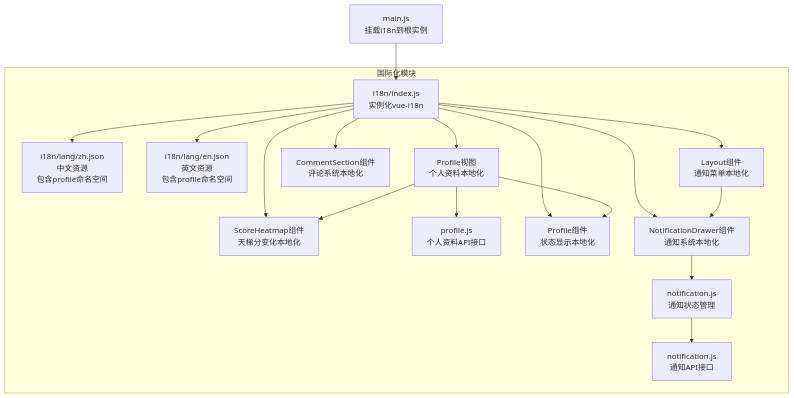
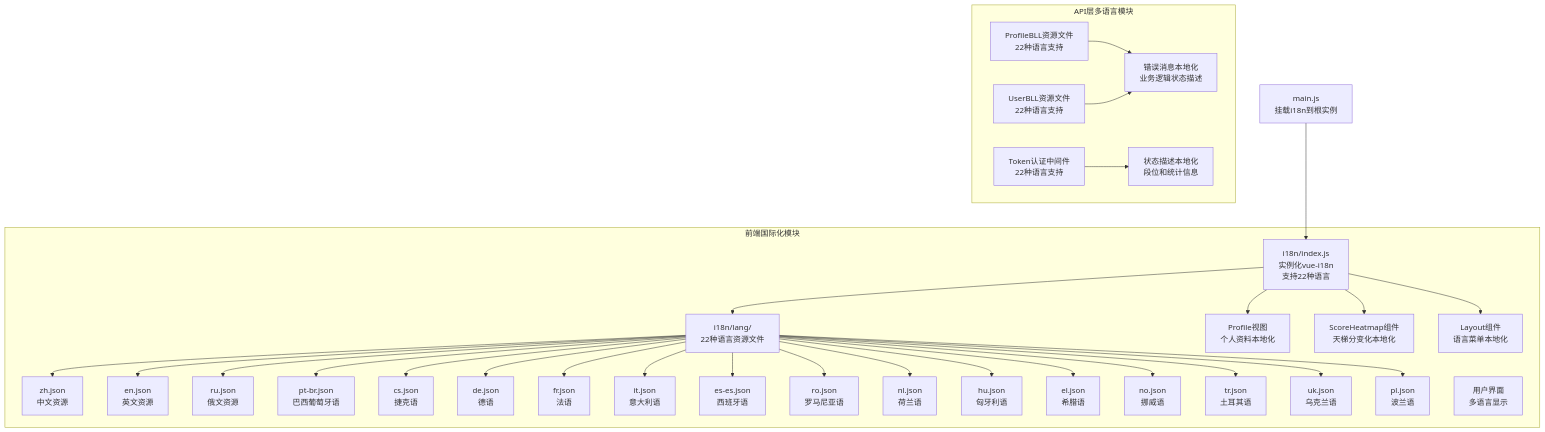
Before and after one commit to TinyMaD/SpeedRunnersLab: the first of 3 diagrams in .qoder/repowiki/zh/content/前端应用/国际化支持.md, drawn with Mermaid. The commit also changed other lines of this file and 9 other files, not shown here.

````diff
--- a/.qoder/repowiki/zh/content/前端应用/国际化支持.md
+++ b/.qoder/repowiki/zh/content/前端应用/国际化支持.md
@@ -54,33 +52,61 @@
 ```mermaid
 graph TB
-subgraph "国际化模块"
-I18N_INDEX["i18n/index.js<br/>实例化vue-i18n"]
-ZH_JSON["i18n/lang/zh.json<br/>中文资源<br/>包含profile命名空间"]
-EN_JSON["i18n/lang/en.json<br/>英文资源<br/>包含profile命名空间"]
+subgraph "前端国际化模块"
+I18N_INDEX["i18n/index.js<br/>实例化vue-i18n<br/>支持22种语言"]
+LANG_FILES["i18n/lang/<br/>22种语言资源文件"]
+ZH_JSON["zh.json<br/>中文资源"]
+EN_JSON["en.json<br/>英文资源"]
+RU_JSON["ru.json<br/>俄文资源"]
+PTBR_JSON["pt-br.json<br/>巴西葡萄牙语"]
+CS_JSON["cs.json<br/>捷克语"]
+DE_JSON["de.json<br/>德语"]
+FR_JSON["fr.json<br/>法语"]
+IT_JSON["it.json<br/>意大利语"]
+ES_JSON["es-es.json<br/>西班牙语"]
+RO_JSON["ro.json<br/>罗马尼亚语"]
+NL_JSON["nl.json<br/>荷兰语"]
+HU_JSON["hu.json<br/>匈牙利语"]
+EL_JSON["el.json<br/>希腊语"]
+NO_JSON["no.json<br/>挪威语"]
+TR_JSON["tr.json<br/>土耳其语"]
+UK_JSON["uk.json<br/>乌克兰语"]
+PL_JSON["pl.json<br/>波兰语"]
 PROFILE_VIEW["Profile视图<br/>个人资料本地化"]
 SCORE_HEATMAP["ScoreHeatmap组件<br/>天梯分变化本地化"]
-PROFILE_API["profile.js<br/>个人资料API接口"]
-PROFILE_COMPONENT["Profile组件<br/>状态显示本地化"]
-NOTIFICATION_DRAWER["NotificationDrawer组件<br/>通知系统本地化"]
-COMMENT_SECTION["CommentSection组件<br/>评论系统本地化"]
-LAYOUT_COMPONENT["Layout组件<br/>通知菜单本地化"]
-NOTIFICATION_STORE["notification.js<br/>通知状态管理"]
-NOTIFICATION_API["notification.js<br/>通知API接口"]
+LAYOUT_COMPONENT["Layout组件<br/>语言菜单本地化"]
+END["用户界面<br/>多语言显示"]
+end
+subgraph "API层多语言模块"
+PROFILE_BLL["ProfileBLL资源文件<br/>22种语言支持"]
+USER_BLL["UserBLL资源文件<br/>22种语言支持"]
+TOKEN_MIDD["Token认证中间件<br/>22种语言支持"]
+ERROR_MESSAGES["错误消息本地化<br/>业务逻辑状态描述"]
+STATUS_DESCRIPTIONS["状态描述本地化<br/>段位和统计信息"]
 end
 MAIN["main.js<br/>挂载i18n到根实例"]
-I18N_INDEX --> ZH_JSON
-I18N_INDEX --> EN_JSON
+I18N_INDEX --> LANG_FILES
+LANG_FILES --> ZH_JSON
+LANG_FILES --> EN_JSON
+LANG_FILES --> RU_JSON
+LANG_FILES --> PTBR_JSON
+LANG_FILES --> CS_JSON
+LANG_FILES --> DE_JSON
+LANG_FILES --> FR_JSON
+LANG_FILES --> IT_JSON
+LANG_FILES --> ES_JSON
+LANG_FILES --> RO_JSON
+LANG_FILES --> NL_JSON
+LANG_FILES --> HU_JSON
+LANG_FILES --> EL_JSON
+LANG_FILES --> NO_JSON
+LANG_FILES --> TR_JSON
+LANG_FILES --> UK_JSON
+LANG_FILES --> PL_JSON
 I18N_INDEX --> PROFILE_VIEW
 I18N_INDEX --> SCORE_HEATMAP
-I18N_INDEX --> PROFILE_COMPONENT
-I18N_INDEX --> NOTIFICATION_DRAWER
-I18N_INDEX --> COMMENT_SECTION
 I18N_INDEX --> LAYOUT_COMPONENT
 MAIN --> I18N_INDEX
-PROFILE_VIEW --> PROFILE_API
-PROFILE_VIEW --> SCORE_HEATMAP
-PROFILE_VIEW --> PROFILE_COMPONENT
-NOTIFICATION_DRAWER --> NOTIFICATION_STORE
-NOTIFICATION_STORE --> NOTIFICATION_API
-LAYOUT_COMPONENT --> NOTIFICATION_DRAWER
+PROFILE_BLL --> ERROR_MESSAGES
+USER_BLL --> ERROR_MESSAGES
+TOKEN_MIDD --> STATUS_DESCRIPTIONS
 ```
````
